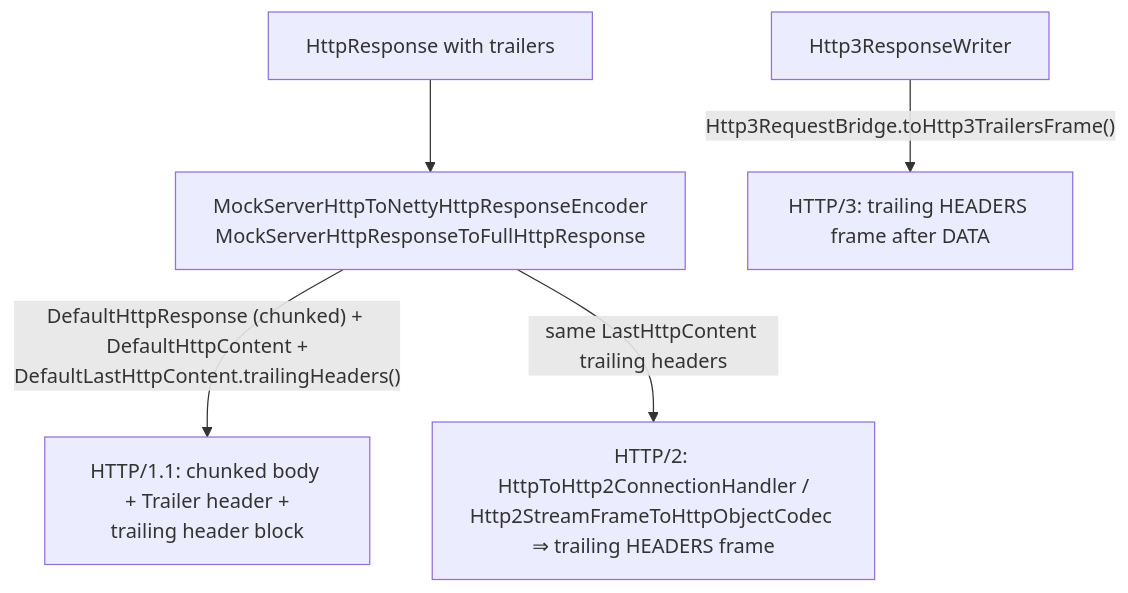
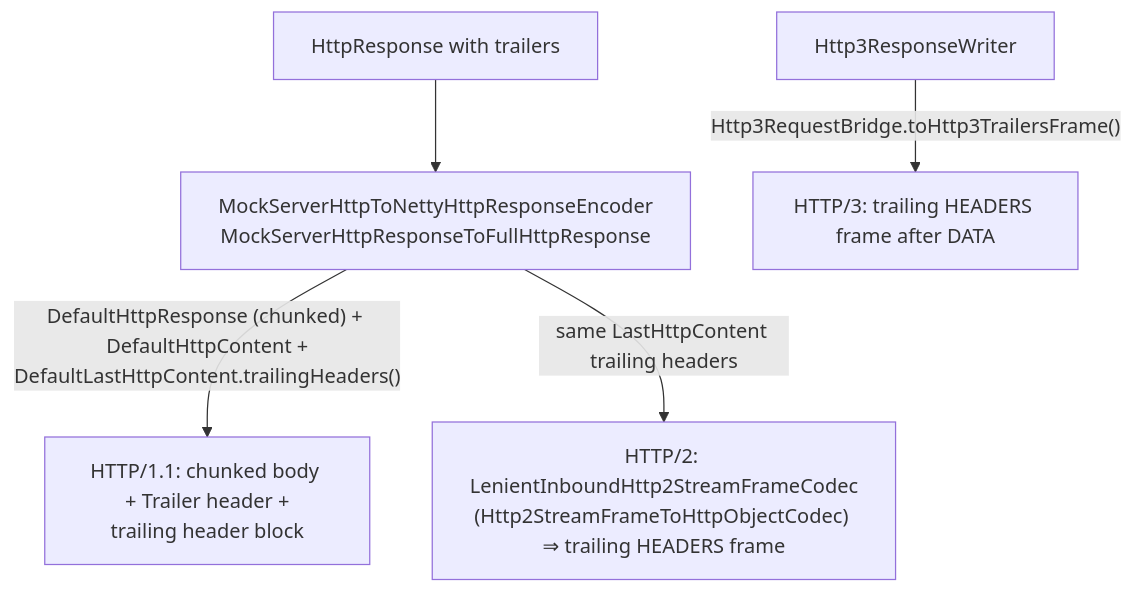
One commit to mock-server/mockserver-monorepo changed the tenth of 18 diagrams in docs/code/netty-pipeline.md. Above: the diagram before and after it, drawn with Mermaid. The commit also changed other lines of this file and 10 other files, not shown here.

````diff
--- a/docs/code/netty-pipeline.md
+++ b/docs/code/netty-pipeline.md
@@ -434,7 +403,7 @@
 ```mermaid
 flowchart TD
     R["HttpResponse with trailers"] --> ENC["MockServerHttpToNettyHttpResponseEncoder\nMockServerHttpResponseToFullHttpResponse"]
     ENC -->|"DefaultHttpResponse (chunked) + DefaultHttpContent +\nDefaultLastHttpContent.trailingHeaders()"| H1["HTTP/1.1: chunked body + Trailer header +\ntrailing header block"]
-    ENC -->|same LastHttpContent trailing headers| H2["HTTP/2: HttpToHttp2ConnectionHandler /\nHttp2StreamFrameToHttpObjectCodec ⇒ trailing HEADERS frame"]
+    ENC -->|same LastHttpContent trailing headers| H2["HTTP/2: LenientInboundHttp2StreamFrameCodec\n(Http2StreamFrameToHttpObjectCodec) ⇒ trailing HEADERS frame"]
     W3["Http3ResponseWriter"] -->|"Http3RequestBridge.toHttp3TrailersFrame()"| H3["HTTP/3: trailing HEADERS frame after DATA"]
 ```
````
